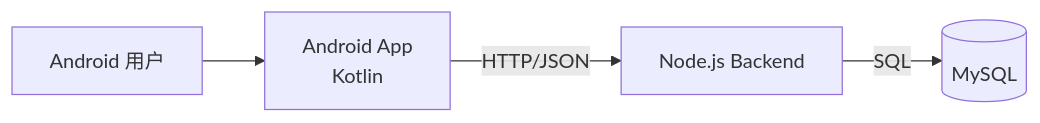
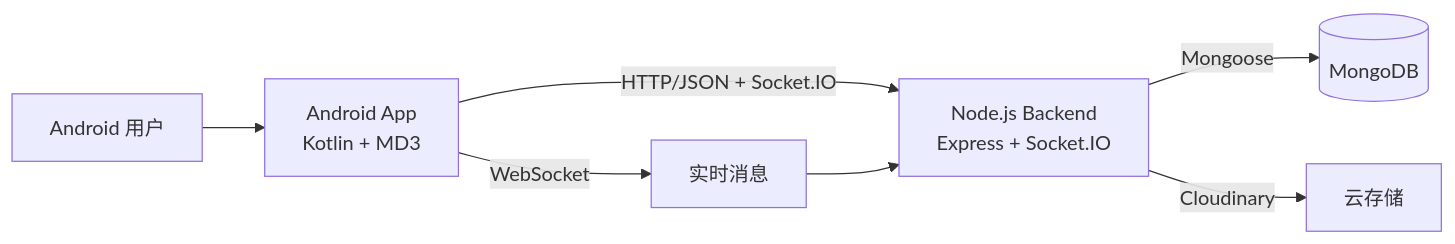
The first of 3 diagrams in docs/architecture.md (kfping21/Chat-Application), drawn with Mermaid before and after one commit. The commit also changed other lines of this file and 7896 other files, not shown here.

````diff
--- a/docs/architecture.md
+++ b/docs/architecture.md
@@ -25,6 +28,9 @@
 ```mermaid
 flowchart LR
-    U[Android 用户] --> APP[Android App<br/>Kotlin]
-    APP -->|HTTP/JSON| API[Node.js Backend]
-    API -->|SQL| DB[(MySQL)]
+    U[Android 用户] --> APP[Android App<br/>Kotlin + MD3]
+    APP -->|HTTP/JSON + Socket.IO| API[Node.js Backend<br/>Express + Socket.IO]
+    API -->|Mongoose| DB[(MongoDB)]
+    API -->|Cloudinary| CLOUD[云存储]
+    APP -->|WebSocket| WS[实时消息]
+    WS --> API
 ```
````
